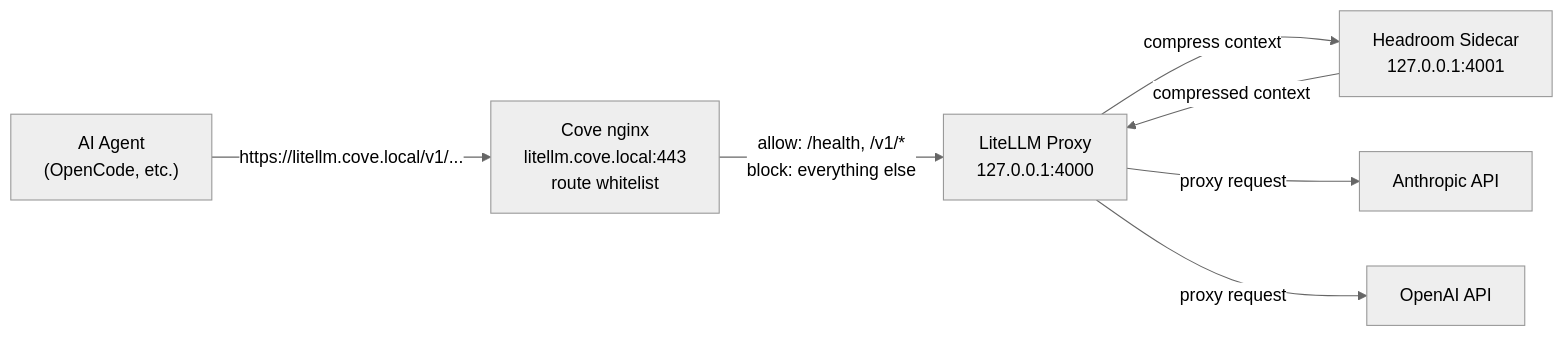
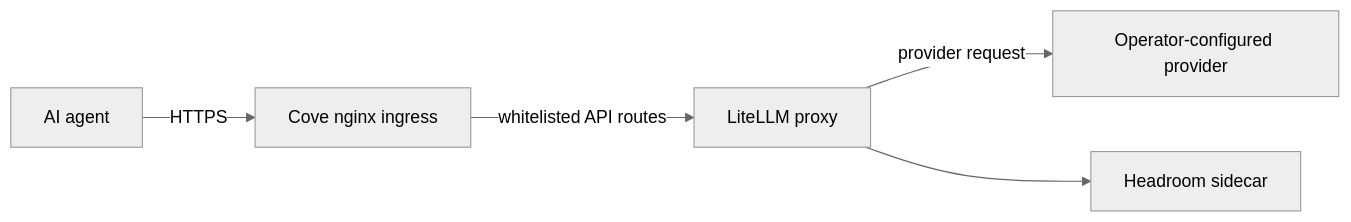
The diagram in docs/services/litellm-proxy.md (cristoslc/cove), drawn with Mermaid (neutral theme) before and after one commit. The commit also changed other lines of this file and 105 other files, not shown here.

Commit message:
LiteLLM update-safe local config overlays (#62) (#63)

````diff
--- a/docs/services/litellm-proxy.md
+++ b/docs/services/litellm-proxy.md
@@ -103,16 +97,7 @@
 ```mermaid
 flowchart LR
-    Agent["AI Agent\n(OpenCode, etc.)"]
-    Nginx["Cove nginx\nlitellm.cove.local:443\nroute whitelist"]
-    Proxy["LiteLLM Proxy\n127.0.0.1:4000"]
-    Headroom["Headroom Sidecar\n127.0.0.1:4001"]
-    Anthropic["Anthropic API"]
-    OpenAI["OpenAI API"]
-
-    Agent -->|https://litellm.cove.local/v1/...| Nginx
-    Nginx -->|"allow: /health, /v1/*\nblock: everything else"| Proxy
-    Proxy -->|compress context| Headroom
-    Proxy -->|proxy request| Anthropic
-    Proxy -->|proxy request| OpenAI
-    Headroom -->|compressed context| Proxy
+    Agent["AI agent"] -->|HTTPS| Nginx["Cove nginx ingress"]
+    Nginx -->|whitelisted API routes| Proxy["LiteLLM proxy"]
+    Proxy -->|provider request| Provider["Operator-configured provider"]
+    Proxy --> Headroom["Headroom sidecar"]
 ```
````
